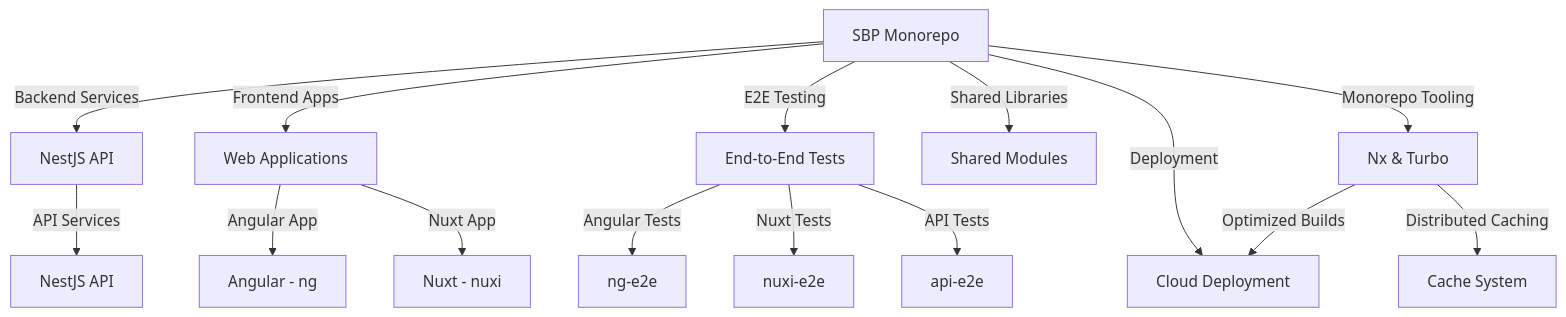
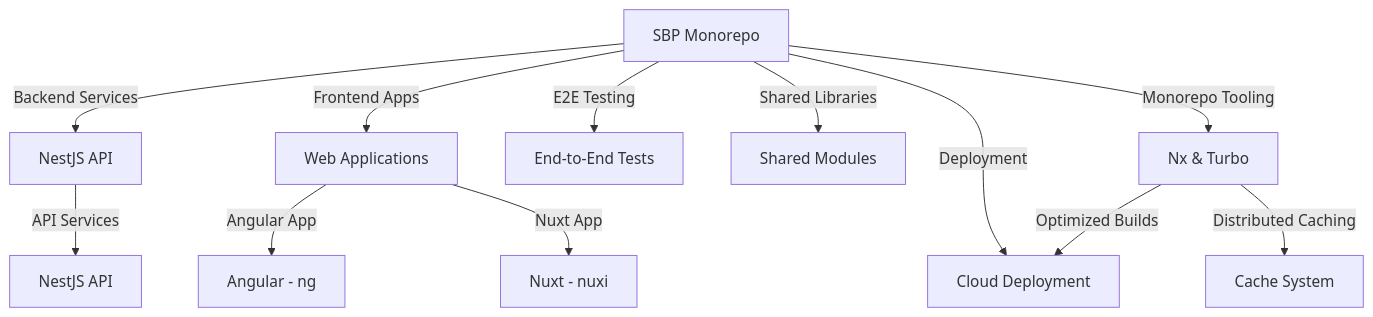
One commit to HardMachinesCorporation/sbp changed the first of 5 diagrams in README.md. Above: the diagram before and after it, drawn with Mermaid.

Commit message:
simplifly the mermiad grap

````diff
--- a/README.md
+++ b/README.md
@@ -15,22 +15,18 @@
 ```mermaid
 graph TD
   S[SBP Monorepo] -->|Backend Services| B[NestJS API]
   S -->|Frontend Apps| W[Web Applications]
   S -->|E2E Testing| E2E[End-to-End Tests]
   S -->|Shared Libraries| L[Shared Modules]
 
   W -->|Angular App| NG[Angular - ng]
   W -->|Nuxt App| NX[Nuxt - nuxi]
   B -->|API Services| API[NestJS API]
-  
-  E2E -->|Angular Tests| NG_E2E[ng-e2e]
-  E2E -->|Nuxt Tests| NX_E2E[nuxi-e2e]
-  E2E -->|API Tests| API_E2E[api-e2e]
 
   S -->|Monorepo Tooling| NX_CI[Nx & Turbo]
   S -->|Deployment| CD[Cloud Deployment]
   NX_CI -->|Optimized Builds| CD
   NX_CI -->|Distributed Caching| C[Cache System]
 
 
 ```
````
